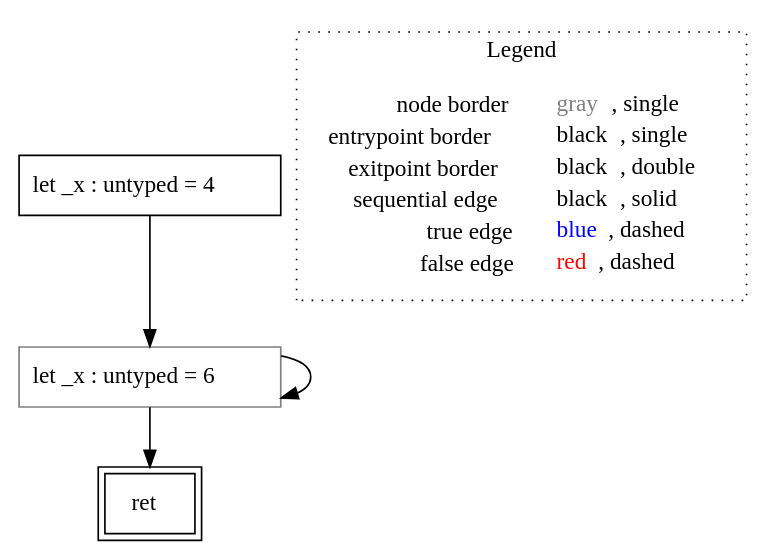
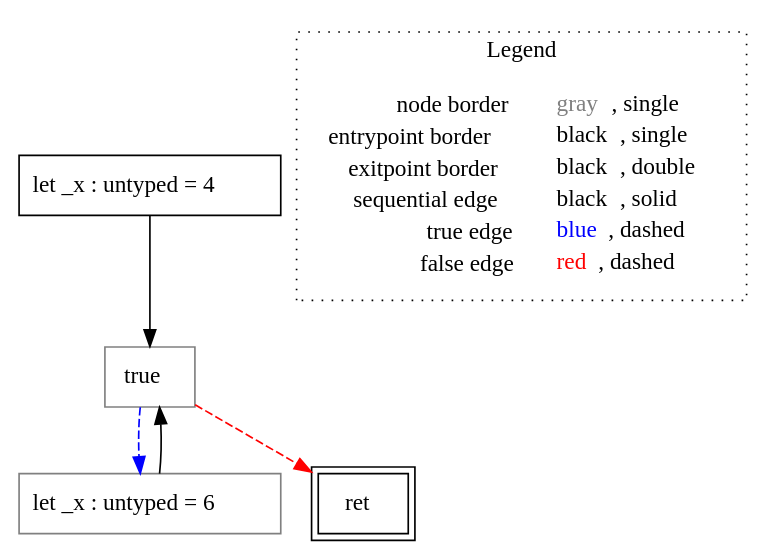
The diagram in rust-lisa/rust-testcases/cfg/return-void/()_rust-testcases_cfg_return-void_return-void.rs.func5().dot (VincenzoArceri/rust-lisa), drawn with Graphviz before and after one commit. The commit also changed 7 other files, not shown here.

```diff
--- a/rust-lisa/rust-testcases/cfg/return-void/()_rust-testcases_cfg_return-void_return-void.rs.func5().dot
+++ b/rust-lisa/rust-testcases/cfg/return-void/()_rust-testcases_cfg_return-void_return-void.rs.func5().dot
@@ -1,15 +1,17 @@
 digraph {
 	"node0" [shape="rect",color="black",label=<let _x : untyped = 4>];
 	"node1" [shape="rect",color="gray",label=<let _x : untyped = 6>];
-	"node2" [shape="rect",color="black",peripheries="2",label=<ret>];
-	"node1" -> "node1" [color="black"];
+	"node2" [shape="rect",color="gray",label=<true>];
+	"node3" [shape="rect",color="black",peripheries="2",label=<ret>];
 	"node1" -> "node2" [color="black"];
-	"node0" -> "node1" [color="black"];
+	"node2" -> "node1" [color="blue",style="dashed"];
+	"node2" -> "node3" [color="red",style="dashed"];
+	"node0" -> "node2" [color="black"];
 subgraph cluster_legend {
 	label="Legend";
 	style=dotted;
 	node [shape=plaintext];
 	"legend" [label=<<table border="0" cellpadding="2" cellspacing="0" cellborder="0"><tr><td align="right">node border&nbsp;</td><td align="left"><font color="gray">gray</font>, single</td></tr><tr><td align="right">entrypoint border&nbsp;</td><td align="left"><font color="black">black</font>, single</td></tr><tr><td align="right">exitpoint border&nbsp;</td><td align="left"><font color="black">black</font>, double</td></tr><tr><td align="right">sequential edge&nbsp;</td><td align="left"><font color="black">black</font>, solid</td></tr><tr><td align="right">true edge&nbsp;</td><td align="left"><font color="blue">blue</font>, dashed</td></tr><tr><td align="right">false edge&nbsp;</td><td align="left"><font color="red">red</font>, dashed</td></tr></table>>];
 }
 
 }
```
